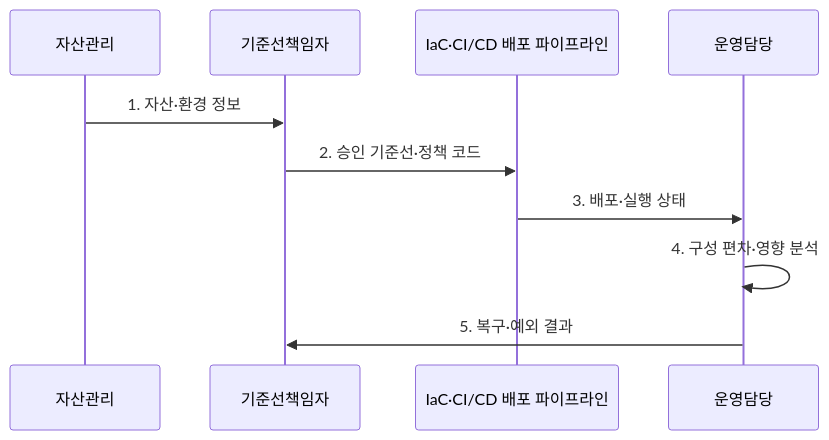
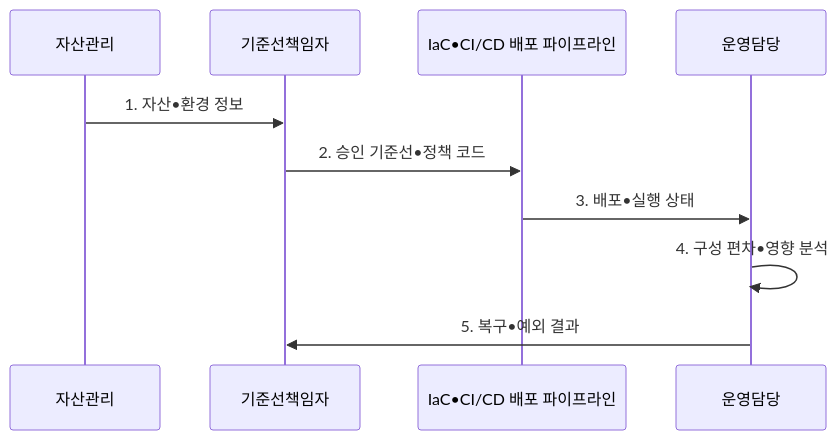
Before and after one commit to agnusdei1207/knowledge-base: the second of 2 diagrams in src/content/docs/notes/05-security/044_security_configuration_management.md, drawn with Mermaid. The commit also changed other lines of this file and 953 other files, not shown here.

````diff
--- a/src/content/docs/notes/05-security/044_security_configuration_management.md
+++ b/src/content/docs/notes/05-security/044_security_configuration_management.md
@@ -102,12 +102,12 @@
 ```mermaid
 sequenceDiagram
     participant 자산관리
     participant 기준선책임자
-    participant 배포파이프라인 as IaC·CI/CD 배포 파이프라인
+    participant 배포파이프라인 as IaC•CI/CD 배포 파이프라인
     participant 운영담당
-    자산관리->>기준선책임자: 1. 자산·환경 정보
-    기준선책임자->>배포파이프라인: 2. 승인 기준선·정책 코드
-    배포파이프라인->>운영담당: 3. 배포·실행 상태
-    운영담당->>운영담당: 4. 구성 편차·영향 분석
-    운영담당->>기준선책임자: 5. 복구·예외 결과
+    자산관리->>기준선책임자: 1. 자산•환경 정보
+    기준선책임자->>배포파이프라인: 2. 승인 기준선•정책 코드
+    배포파이프라인->>운영담당: 3. 배포•실행 상태
+    운영담당->>운영담당: 4. 구성 편차•영향 분석
+    운영담당->>기준선책임자: 5. 복구•예외 결과
 ```
````
